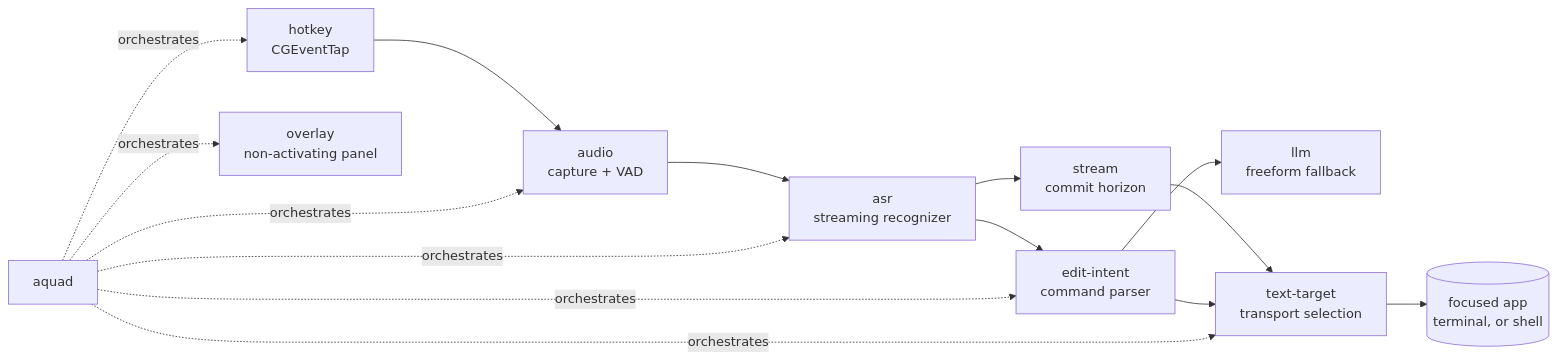
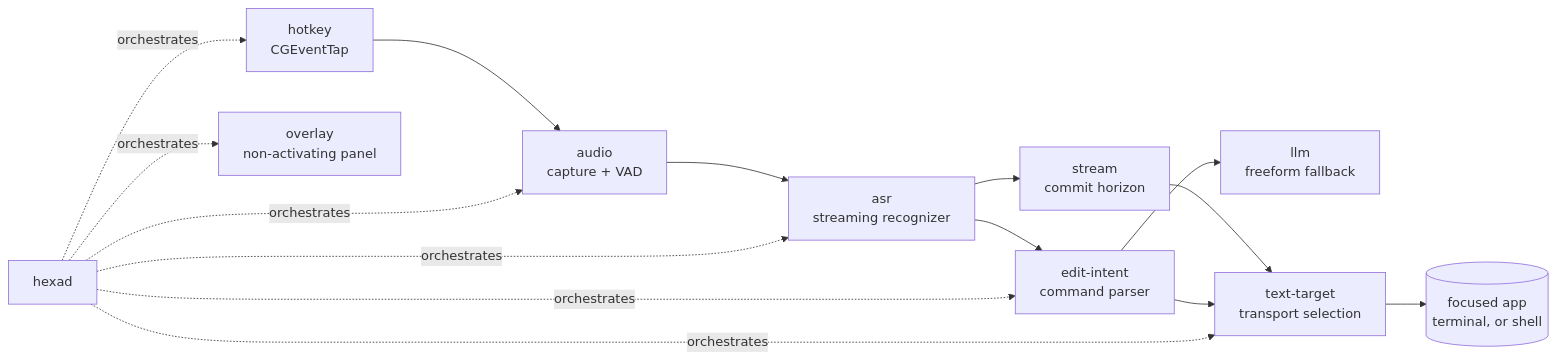
Before and after one commit to blarer/outloud: the diagram in README.md, drawn with Mermaid. The commit also changed other lines of this file and 62 other files, not shown here.

````diff
--- a/README.md
+++ b/README.md
@@ -263,13 +263,13 @@
 ```mermaid
 flowchart LR
     HK[hotkey<br/>CGEventTap] --> AU[audio<br/>capture + VAD]
     AU --> ASR[asr<br/>streaming recognizer]
     ASR --> ST[stream<br/>commit horizon]
     ASR --> EI[edit-intent<br/>command parser]
     EI --> LLM[llm<br/>freeform fallback]
     ST --> TT[text-target<br/>transport selection]
     EI --> TT
     TT --> OUT[(focused app<br/>terminal, or shell)]
-    AQ[aquad] -.orchestrates.-> HK & AU & ASR & EI & TT & OV
+    AQ[hexad] -.orchestrates.-> HK & AU & ASR & EI & TT & OV
     OV[overlay<br/>non-activating panel]
 ```
````
